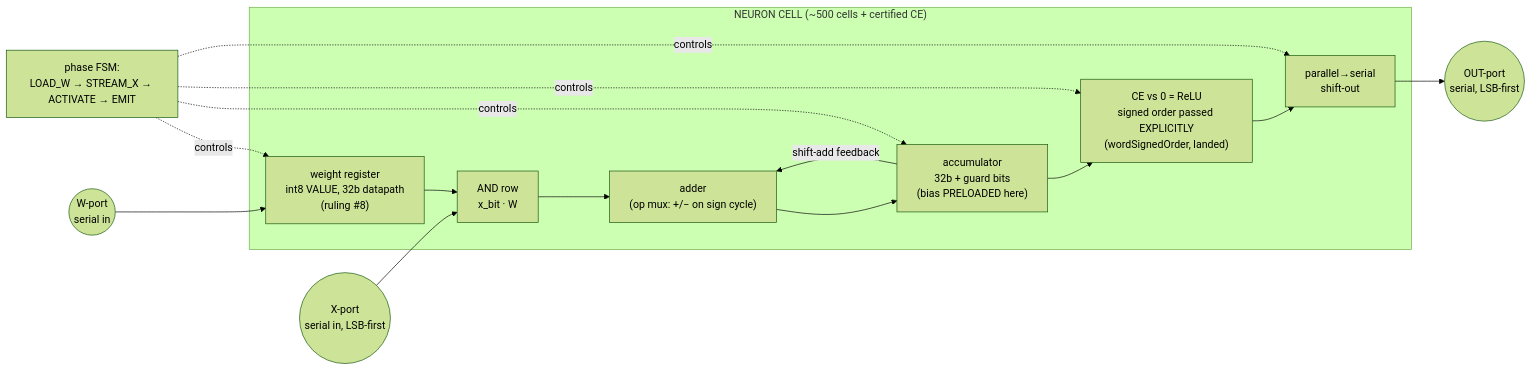
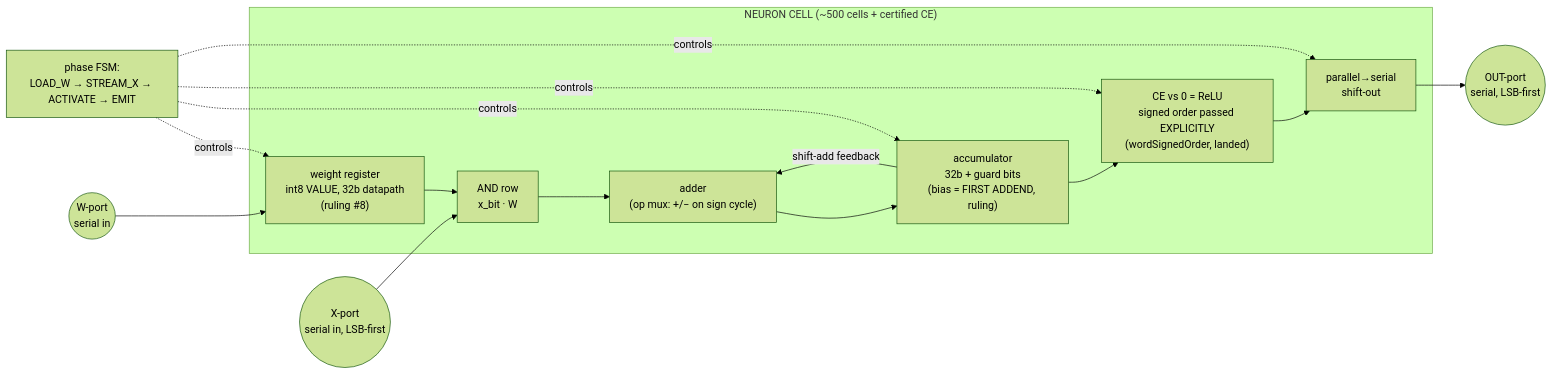
One commit to jyh/saltworks changed the first of 2 diagrams in docs/neural-fabric-poc-design-v1.md. Above: the diagram before and after it, drawn with Mermaid (forest theme). The commit also changed other lines of this file, not shown here.

Commit message:
saltworks: bias mechanism ruled — STREAMED as first addend (zero gates, one cycle; preload would cost a load mux — silicon's catch); all three claim sites aligned

````diff
--- a/docs/neural-fabric-poc-design-v1.md
+++ b/docs/neural-fabric-poc-design-v1.md
@@ -25,17 +25,17 @@
 ```mermaid
 flowchart LR
   subgraph CELL["NEURON CELL (~500 cells + certified CE)"]
     WREG["weight register<br/>int8 VALUE, 32b datapath<br/>(ruling #8)"]
     AND["AND row<br/>x_bit · W"]
     ADD["adder<br/>(op mux: +/− on sign cycle)"]
-    ACC["accumulator<br/>32b + guard bits<br/>(bias PRELOADED here)"]
+    ACC["accumulator<br/>32b + guard bits<br/>(bias = FIRST ADDEND, ruling)"]
     CE["CE vs 0 = ReLU<br/>signed order passed EXPLICITLY<br/>(wordSignedOrder, landed)"]
     SER["parallel→serial<br/>shift-out"]
   end
   WP(("W-port<br/>serial in")) --> WREG
   XP(("X-port<br/>serial in, LSB-first")) --> AND
   WREG --> AND --> ADD --> ACC
   ACC -->|shift-add feedback| ADD
   ACC --> CE --> SER --> OP(("OUT-port<br/>serial, LSB-first"))
   FSM["phase FSM:<br/>LOAD_W → STREAM_X → ACTIVATE → EMIT"] -.controls.-> WREG & ACC & CE & SER
 ```
````
